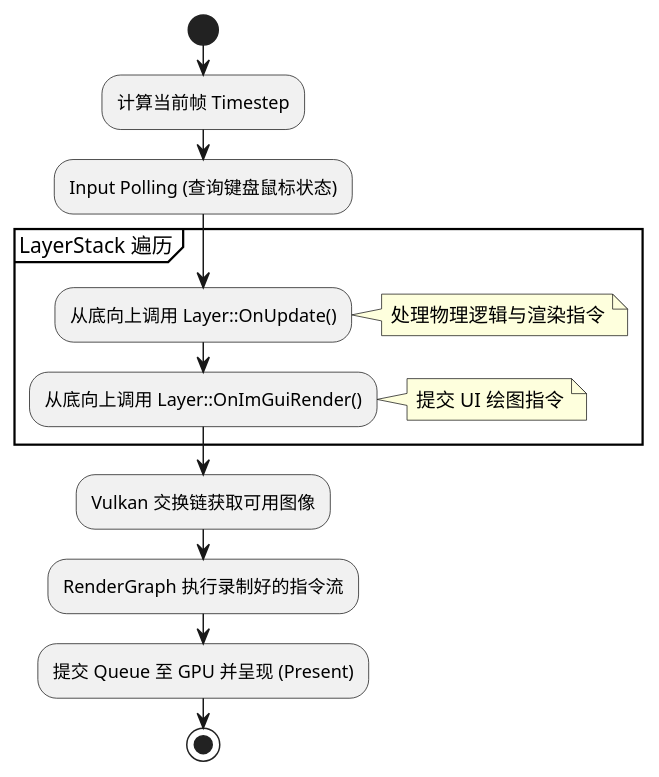
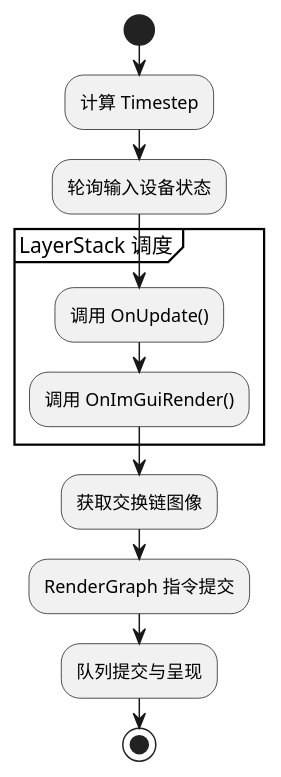
Before and after one commit to CadenXc/HybridRenderer: diagram 12 of 17 in RenderGraph_Architecture_Diagrams.md, drawn with PlantUML. The commit also changed other lines of this file and 3 other files, not shown here.

````diff
--- a/RenderGraph_Architecture_Diagrams.md
+++ b/RenderGraph_Architecture_Diagrams.md
@@ -588,20 +507,18 @@
 ```plantuml
 @startuml
 skinparam backgroundColor white
 skinparam shadowing false
 
 start
-:计算当前帧 Timestep;
-:Input Polling (查询键盘鼠标状态);
-partition "LayerStack 遍历" {
-    :从底向上调用 Layer::OnUpdate();
-    note right: 处理物理逻辑与渲染指令
-    :从底向上调用 Layer::OnImGuiRender();
-    note right: 提交 UI 绘图指令
+:计算 Timestep;
+:轮询输入设备状态;
+partition "LayerStack 调度" {
+    :调用 OnUpdate();
+    :调用 OnImGuiRender();
 }
-:Vulkan 交换链获取可用图像;
-:RenderGraph 执行录制好的指令流;
-:提交 Queue 至 GPU 并呈现 (Present);
+:获取交换链图像;
+:RenderGraph 指令提交;
+:队列提交与呈现;
 stop
 @enduml
 ```
````
